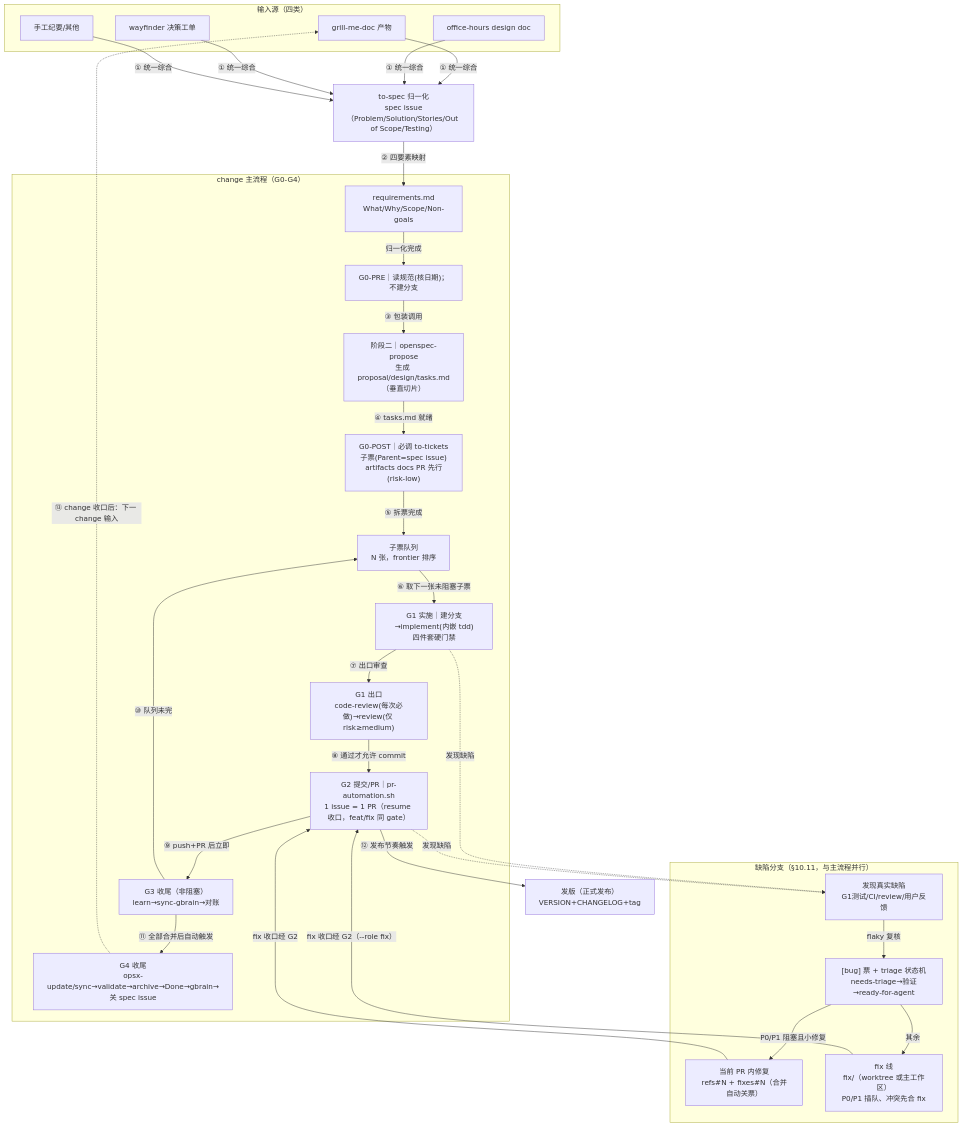
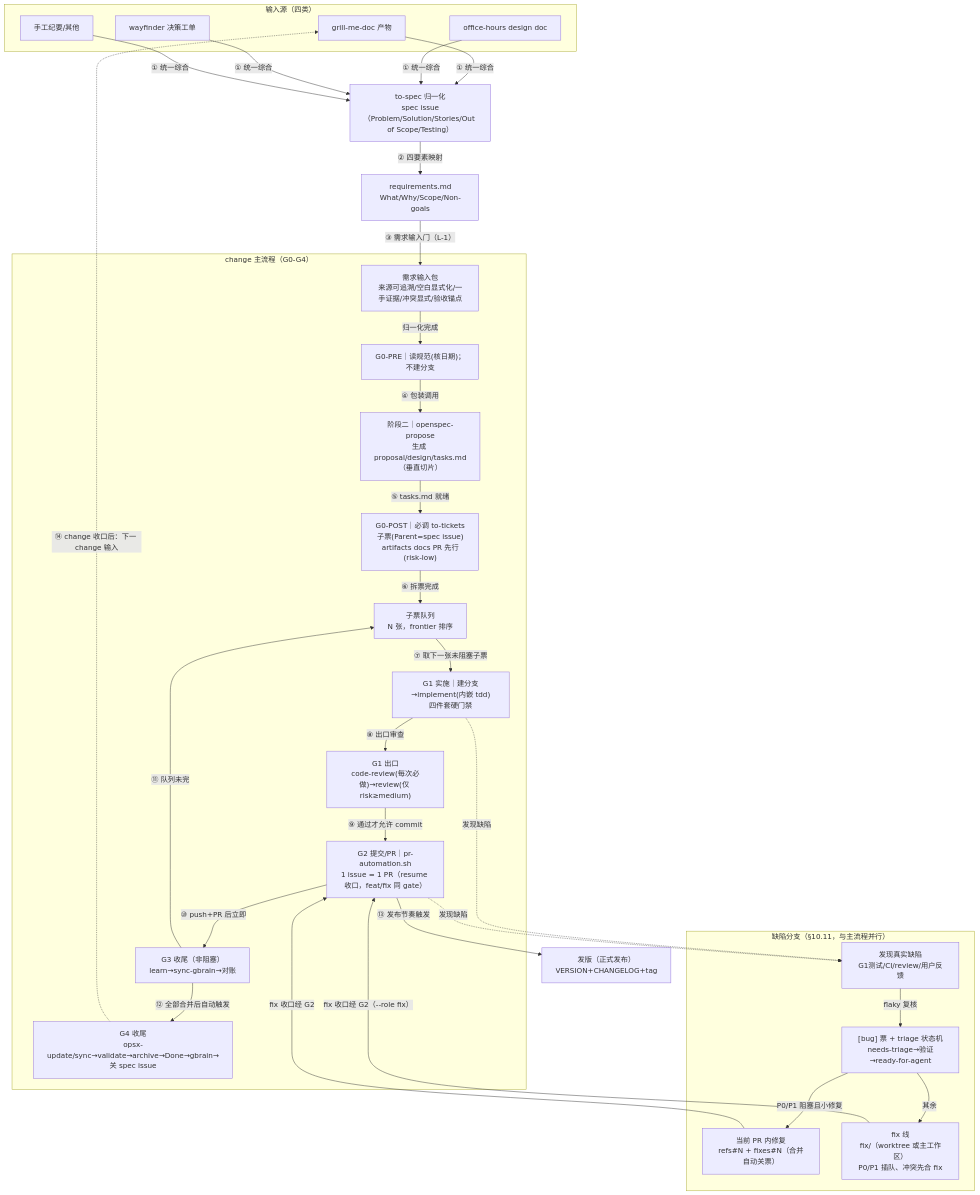
Before and after one commit to jianxi-dev/md-bundle: the diagram in .opencode/skills/change-workflow/SKILL.md, drawn with Mermaid. The commit also changed other lines of this file and 7 other files, not shown here.

````diff
--- a/.opencode/skills/change-workflow/SKILL.md
+++ b/.opencode/skills/change-workflow/SKILL.md
@@ -61,35 +67,36 @@
 ```mermaid
 flowchart TB
   subgraph 输入源["输入源（四类）"]
     A1["grill-me-doc 产物"]
     A2["office-hours design doc"]
     A3["wayfinder 决策工单"]
     A4["手工纪要/其他"]
   end
   A1 & A2 & A3 & A4 -->|"① 统一综合"| T["to-spec 归一化<br/>spec issue（Problem/Solution/Stories/Out of Scope/Testing）"]
   T -->|"② 四要素映射"| A5["requirements.md<br/>What/Why/Scope/Non-goals"]
+  A5 -->|"③ 需求输入门（L-1）"| A6["需求输入包<br/>来源可追溯/空白显式化/一手证据/冲突显式/验收锚点"]
   subgraph 主流程["change 主流程（G0-G4）"]
-    A5 -->|"归一化完成"| B["G0-PRE｜读规范(核日期)；不建分支"]
-    B -->|"③ 包装调用"| C["阶段二｜openspec-propose<br/>生成 proposal/design/tasks.md（垂直切片）"]
-    C -->|"④ tasks.md 就绪"| D["G0-POST｜必调 to-tickets<br/>子票(Parent=spec issue)<br/>artifacts docs PR 先行(risk-low)"]
-    D -->|"⑤ 拆票完成"| Q["子票队列<br/>N 张，frontier 排序"]
-    Q -->|"⑥ 取下一张未阻塞子票"| E["G1 实施｜建分支→implement(内嵌 tdd)<br/>四件套硬门禁"]
-    E -->|"⑦ 出口审查"| E2["G1 出口<br/>code-review(每次必做)→review(仅 risk≥medium)"]
-    E2 -->|"⑧ 通过才允许 commit"| F["G2 提交/PR｜pr-automation.sh<br/>1 issue = 1 PR（resume 收口，feat/fix 同 gate）"]
-    F -->|"⑨ push+PR 后立即"| G["G3 收尾（非阻塞）<br/>learn→sync-gbrain→对账"]
-    G -->|"⑩ 队列未完"| Q
-    G -->|"⑪ 全部合并后自动触发"| H["G4 收尾<br/>opsx-update/sync→validate→archive→Done→gbrain→关 spec issue"]
+    A6 -->|"归一化完成"| B["G0-PRE｜读规范(核日期)；不建分支"]
+    B -->|"④ 包装调用"| C["阶段二｜openspec-propose<br/>生成 proposal/design/tasks.md（垂直切片）"]
+    C -->|"⑤ tasks.md 就绪"| D["G0-POST｜必调 to-tickets<br/>子票(Parent=spec issue)<br/>artifacts docs PR 先行(risk-low)"]
+    D -->|"⑥ 拆票完成"| Q["子票队列<br/>N 张，frontier 排序"]
+    Q -->|"⑦ 取下一张未阻塞子票"| E["G1 实施｜建分支→implement(内嵌 tdd)<br/>四件套硬门禁"]
+    E -->|"⑧ 出口审查"| E2["G1 出口<br/>code-review(每次必做)→review(仅 risk≥medium)"]
+    E2 -->|"⑨ 通过才允许 commit"| F["G2 提交/PR｜pr-automation.sh<br/>1 issue = 1 PR（resume 收口，feat/fix 同 gate）"]
+    F -->|"⑩ push+PR 后立即"| G["G3 收尾（非阻塞）<br/>learn→sync-gbrain→对账"]
+    G -->|"⑪ 队列未完"| Q
+    G -->|"⑫ 全部合并后自动触发"| H["G4 收尾<br/>opsx-update/sync→validate→archive→Done→gbrain→关 spec issue"]
   end
   subgraph 缺陷线["缺陷分支（§10.11，与主流程并行）"]
     X1["发现真实缺陷<br/>G1测试/CI/review/用户反馈"]
     X1 -->|"flaky 复核"| X2["[bug] 票 + triage 状态机<br/>needs-triage→验证→ready-for-agent"]
     X2 -->|"P0/P1 阻塞且小修复"| X3["当前 PR 内修复<br/>refs#N + fixes#N（合并自动关票）"]
     X2 -->|"其余"| X4["fix 线<br/>fix/<slug>（worktree 或主工作区）<br/>P0/P1 插队、冲突先合 fix"]
     X3 -->|"fix 收口经 G2"| F
     X4 -->|"fix 收口经 G2（--role fix）"| F
   end
   E -.->|"发现缺陷"| X1
   F -.->|"发现缺陷"| X1
-  F -->|"⑫ 发布节奏触发"| S["发版（正式发布）<br/>VERSION+CHANGELOG+tag"]
-  H -.->|"⑬ change 收口后：下一 change 输入"| A1
+  F -->|"⑬ 发布节奏触发"| S["发版（正式发布）<br/>VERSION+CHANGELOG+tag"]
+  H -.->|"⑭ change 收口后：下一 change 输入"| A1
 ```
````
